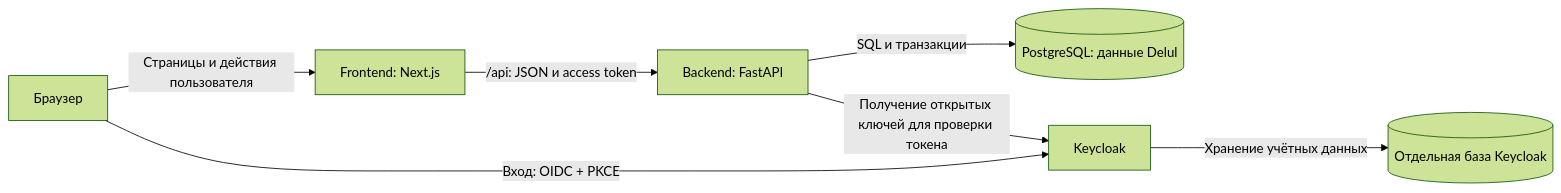
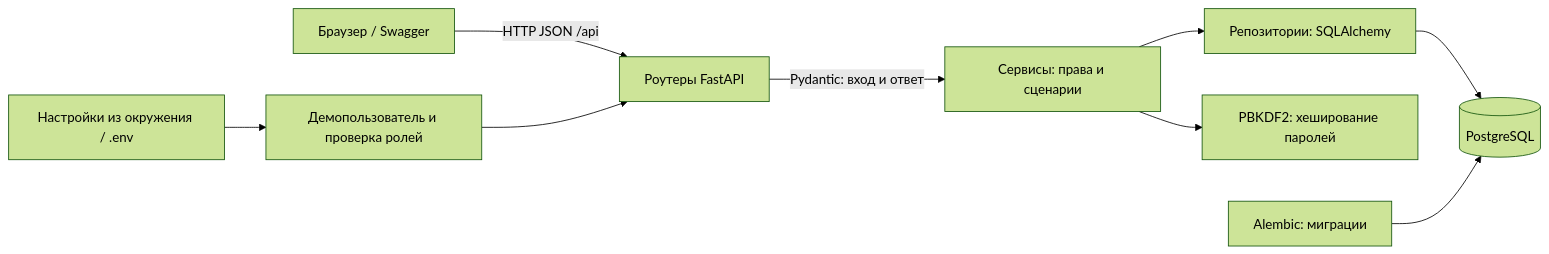
One commit to svetlanashegay-commits/Delul changed the diagram in docs/architecture.md. Above: the diagram before and after it, drawn with Mermaid (forest theme). The commit also changed other lines of this file and 2 other files, not shown here.

Commit message:
Align API architecture and data model with module requirements

````diff
--- a/docs/architecture.md
+++ b/docs/architecture.md
@@ -7,9 +5,11 @@
 ```mermaid
 flowchart LR
-    B["Браузер"] -->|"Страницы и действия пользователя"| W["Frontend: Next.js"]
-    W -->|"/api: JSON и access token"| A["Backend: FastAPI"]
-    A -->|"SQL и транзакции"| P[("PostgreSQL: данные Delul")]
-    B -->|"Вход: OIDC + PKCE"| K["Keycloak"]
-    A -->|"Получение открытых ключей для проверки токена"| K
-    K -->|"Хранение учётных данных"| D[("Отдельная база Keycloak")]
+    B["Браузер / Swagger"] -->|"HTTP JSON /api"| R["Роутеры FastAPI"]
+    R -->|"Pydantic: вход и ответ"| S["Сервисы: права и сценарии"]
+    S --> Q["Репозитории: SQLAlchemy"]
+    Q --> D[("PostgreSQL")]
+    E["Настройки из окружения / .env"] --> I["Демопользователь и проверка ролей"]
+    I --> R
+    S --> H["PBKDF2: хеширование паролей"]
+    M["Alembic: миграции"] --> D
 ```
````
